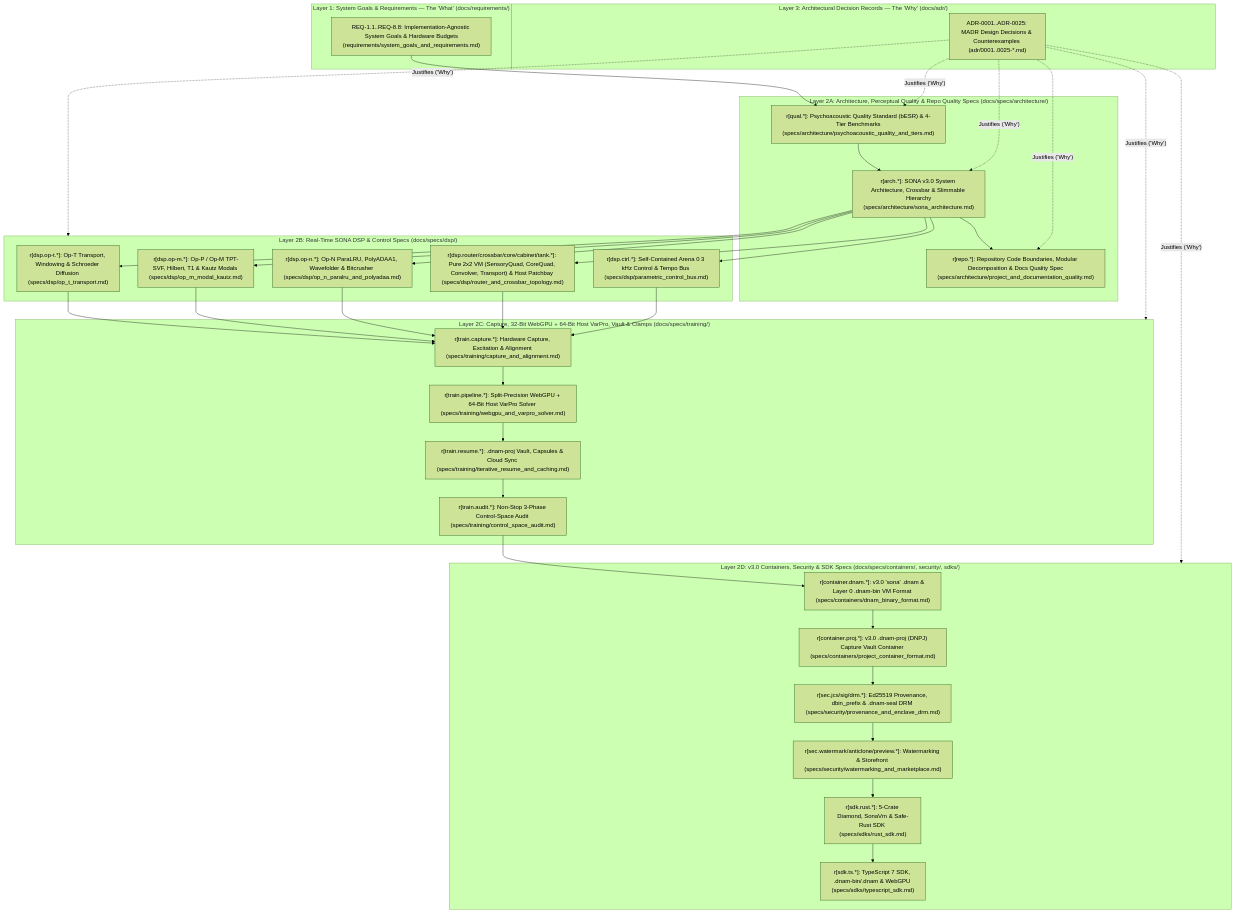
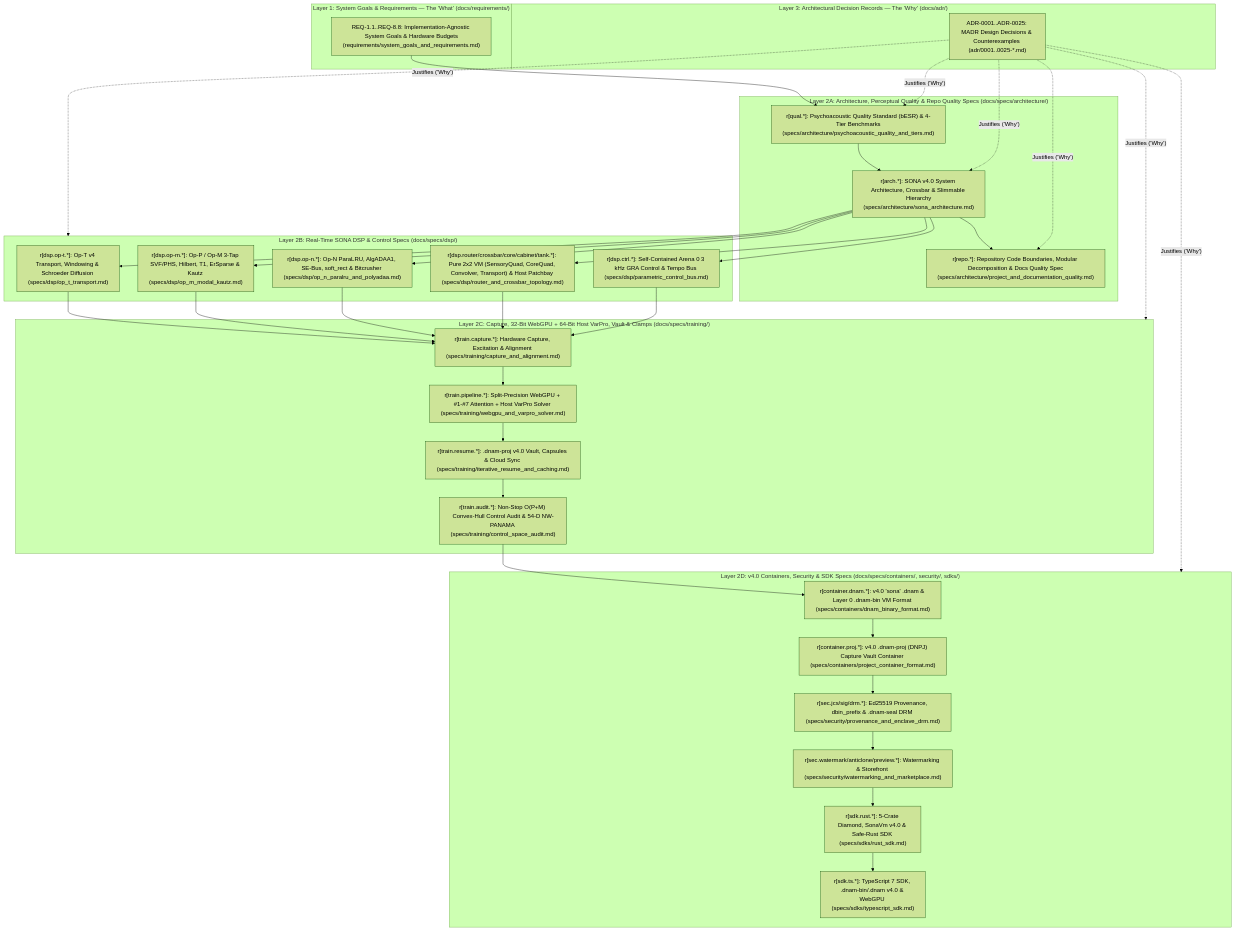
The diagram in docs/index.md (mokugen/dnam), drawn with Mermaid (forest theme) before and after one commit. The commit also changed other lines of this file and 16 other files, not shown here.

Commit message:
docs(specs): C1.3 update container, security, training, and SDK specs for SONA v4.0

````diff
--- a/docs/index.md
+++ b/docs/index.md
@@ -16,49 +16,49 @@
 ```mermaid
 flowchart TD
     subgraph Req ["Layer 1: System Goals & Requirements — The 'What' (docs/requirements/)"]
         G1["REQ-1.1..REQ-8.8: Implementation-Agnostic System Goals & Hardware Budgets<br/>(requirements/system_goals_and_requirements.md)"]
     end
 
     subgraph SpecsArch ["Layer 2A: Architecture, Perceptual Quality & Repo Quality Specs (docs/specs/architecture/)"]
         G2["r[qual.*]: Psychoacoustic Quality Standard (bESR) & 4-Tier Benchmarks<br/>(specs/architecture/psychoacoustic_quality_and_tiers.md)"]
-        G3["r[arch.*]: SONA v3.0 System Architecture, Crossbar & Slimmable Hierarchy<br/>(specs/architecture/sona_architecture.md)"]
+        G3["r[arch.*]: SONA v4.0 System Architecture, Crossbar & Slimmable Hierarchy<br/>(specs/architecture/sona_architecture.md)"]
         G4["r[repo.*]: Repository Code Boundaries, Modular Decomposition & Docs Quality Spec<br/>(specs/architecture/project_and_documentation_quality.md)"]
         G2 --> G3 --> G4
     end
 
     subgraph SpecsDSP ["Layer 2B: Real-Time SONA DSP & Control Specs (docs/specs/dsp/)"]
-        D1["r[dsp.op-t.*]: Op-T Transport, Windowing & Schroeder Diffusion (specs/dsp/op_t_transport.md)"]
-        D2["r[dsp.op-m.*]: Op-P / Op-M TPT-SVF, Hilbert, T1 & Kautz Modals (specs/dsp/op_m_modal_kautz.md)"]
-        D3["r[dsp.op-n.*]: Op-N ParaLRU, PolyADAA1, Wavefolder & Bitcrusher (specs/dsp/op_n_paralru_and_polyadaa.md)"]
+        D1["r[dsp.op-t.*]: Op-T v4 Transport, Windowing & Schroeder Diffusion (specs/dsp/op_t_transport.md)"]
+        D2["r[dsp.op-m.*]: Op-P / Op-M 3-Tap SVF/PHS, Hilbert, T1, ErSparse & Kautz (specs/dsp/op_m_modal_kautz.md)"]
+        D3["r[dsp.op-n.*]: Op-N ParaLRU, AlgADAA1, SE-Bus, soft_rect & Bitcrusher (specs/dsp/op_n_paralru_and_polyadaa.md)"]
         D4["r[dsp.router/crossbar/core/cabinet/tank.*]: Pure 2x2 VM (SensoryQuad, CoreQuad, Convolver, Transport) & Host Patchbay (specs/dsp/router_and_crossbar_topology.md)"]
-        D5["r[dsp.ctrl.*]: Self-Contained Arena 0 3 kHz Control & Tempo Bus (specs/dsp/parametric_control_bus.md)"]
+        D5["r[dsp.ctrl.*]: Self-Contained Arena 0 3 kHz GRA Control & Tempo Bus (specs/dsp/parametric_control_bus.md)"]
     end
 
     subgraph SpecsTrain ["Layer 2C: Capture, 32-Bit WebGPU + 64-Bit Host VarPro, Vault & Clamps (docs/specs/training/)"]
         T1["r[train.capture.*]: Hardware Capture, Excitation & Alignment (specs/training/capture_and_alignment.md)"]
-        T2["r[train.pipeline.*]: Split-Precision WebGPU + 64-Bit Host VarPro Solver (specs/training/webgpu_and_varpro_solver.md)"]
-        T3["r[train.resume.*]: .dnam-proj Vault, Capsules & Cloud Sync (specs/training/iterative_resume_and_caching.md)"]
-        T4["r[train.audit.*]: Non-Stop 3-Phase Control-Space Audit (specs/training/control_space_audit.md)"]
+        T2["r[train.pipeline.*]: Split-Precision WebGPU + #1-#7 Attention + Host VarPro Solver (specs/training/webgpu_and_varpro_solver.md)"]
+        T3["r[train.resume.*]: .dnam-proj v4.0 Vault, Capsules & Cloud Sync (specs/training/iterative_resume_and_caching.md)"]
+        T4["r[train.audit.*]: Non-Stop O(P+M) Convex-Hull Control Audit & 54-D NW-PANAMA (specs/training/control_space_audit.md)"]
         T1 --> T2 --> T3 --> T4
     end
 
-    subgraph SpecsCont ["Layer 2D: v3.0 Containers, Security & SDK Specs (docs/specs/containers/, security/, sdks/)"]
-        C1["r[container.dnam.*]: v3.0 'sona' .dnam & Layer 0 .dnam-bin VM Format (specs/containers/dnam_binary_format.md)"]
-        C2["r[container.proj.*]: v3.0 .dnam-proj (DNPJ) Capture Vault Container (specs/containers/project_container_format.md)"]
+    subgraph SpecsCont ["Layer 2D: v4.0 Containers, Security & SDK Specs (docs/specs/containers/, security/, sdks/)"]
+        C1["r[container.dnam.*]: v4.0 'sona' .dnam & Layer 0 .dnam-bin VM Format (specs/containers/dnam_binary_format.md)"]
+        C2["r[container.proj.*]: v4.0 .dnam-proj (DNPJ) Capture Vault Container (specs/containers/project_container_format.md)"]
         S1["r[sec.jcs/sig/drm.*]: Ed25519 Provenance, dbin_prefix & .dnam-seal DRM (specs/security/provenance_and_enclave_drm.md)"]
         S2["r[sec.watermark/anticlone/preview.*]: Watermarking & Storefront (specs/security/watermarking_and_marketplace.md)"]
-        K1["r[sdk.rust.*]: 5-Crate Diamond, SonaVm & Safe-Rust SDK (specs/sdks/rust_sdk.md)"]
-        K2["r[sdk.ts.*]: TypeScript 7 SDK, .dnam-bin/.dnam & WebGPU (specs/sdks/typescript_sdk.md)"]
+        K1["r[sdk.rust.*]: 5-Crate Diamond, SonaVm v4.0 & Safe-Rust SDK (specs/sdks/rust_sdk.md)"]
+        K2["r[sdk.ts.*]: TypeScript 7 SDK, .dnam-bin/.dnam v4.0 & WebGPU (specs/sdks/typescript_sdk.md)"]
         C1 --> C2 --> S1 --> S2 --> K1 --> K2
     end
 
     subgraph ADRs ["Layer 3: Architectural Decision Records — The 'Why' (docs/adr/)"]
         A1["ADR-0001..ADR-0025: MADR Design Decisions & Counterexamples (adr/0001..0025-*.md)"]
     end
 
     G1 --> G2
     G3 --> D1 & D2 & D3 & D4 & D5
     D1 & D2 & D3 & D4 & D5 --> T1
     T4 --> C1
     A1 -.->|"Justifies ('Why')"| G2 & G3 & G4 & SpecsDSP & SpecsTrain & SpecsCont
 ```
````
